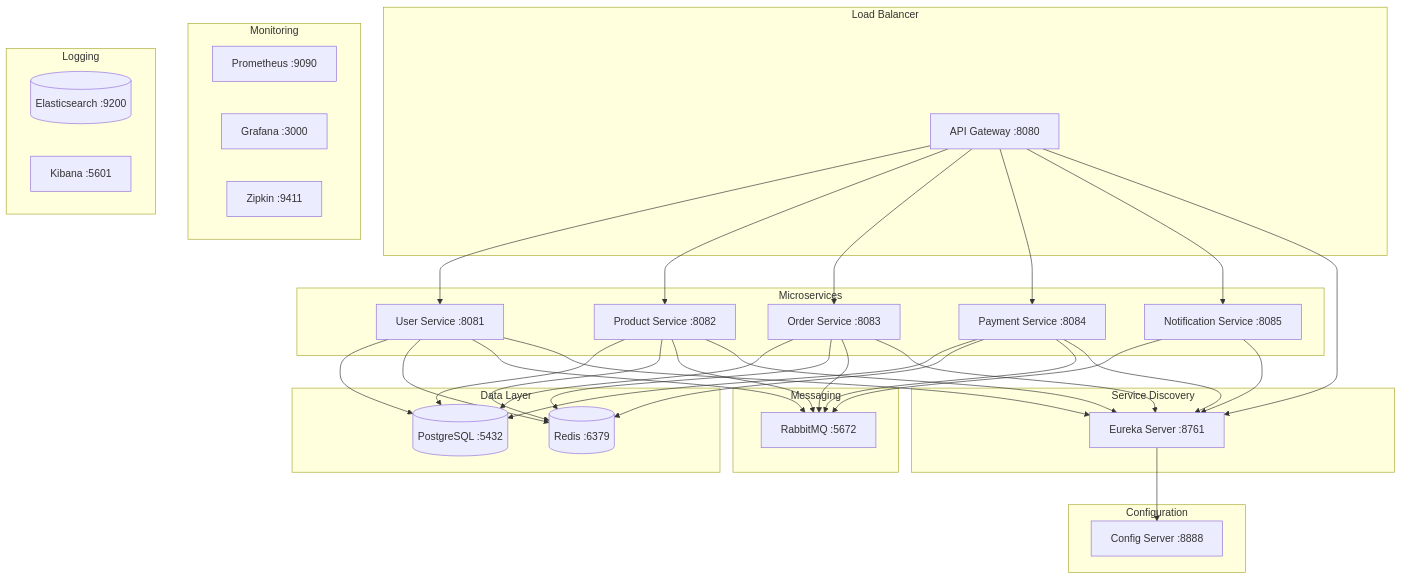
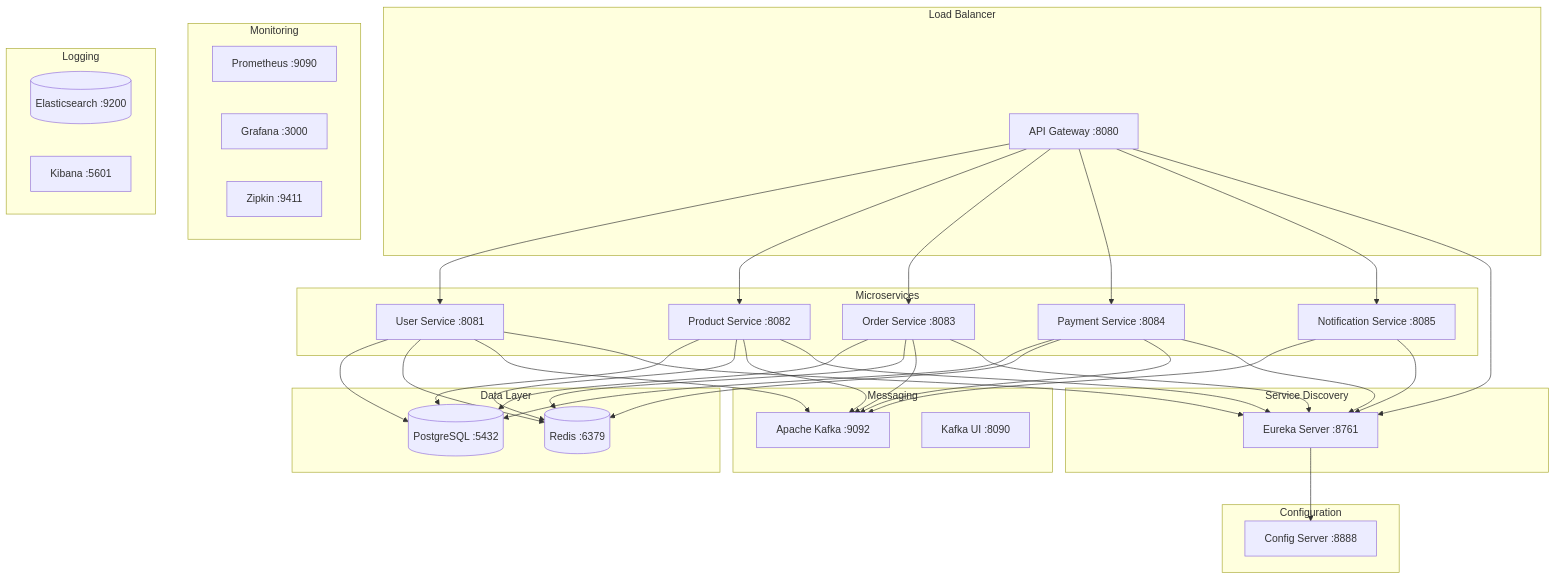
The diagram in README.md (JhonCodari/comprae-infra), drawn with Mermaid before and after one commit. The commit also changed other lines of this file and 10 other files, not shown here.

````diff
--- a/README.md
+++ b/README.md
@@ -30,72 +30,73 @@
 ```mermaid
 graph TB
     subgraph "Load Balancer"
         LB[API Gateway :8080]
     end
     
     subgraph "Service Discovery"
         EUREKA[Eureka Server :8761]
     end
     
     subgraph "Configuration"
         CONFIG[Config Server :8888]
     end
     
     subgraph "Microservices"
         USER[User Service :8081]
         PRODUCT[Product Service :8082]
         ORDER[Order Service :8083]
         PAYMENT[Payment Service :8084]
         NOTIFICATION[Notification Service :8085]
     end
     
     subgraph "Data Layer"
         POSTGRES[(PostgreSQL :5432)]
         REDIS[(Redis :6379)]
     end
     
     subgraph "Messaging"
-        RABBITMQ[RabbitMQ :5672]
+        KAFKA[Apache Kafka :9092]
+        KAFKA_UI[Kafka UI :8090]
     end
     
     subgraph "Monitoring"
         PROMETHEUS[Prometheus :9090]
         GRAFANA[Grafana :3000]
         ZIPKIN[Zipkin :9411]
     end
     
     subgraph "Logging"
         ELASTICSEARCH[(Elasticsearch :9200)]
         KIBANA[Kibana :5601]
     end
     
     LB --> USER
     LB --> PRODUCT
     LB --> ORDER
     LB --> PAYMENT
     LB --> NOTIFICATION
     
     USER --> POSTGRES
     PRODUCT --> POSTGRES
     ORDER --> POSTGRES
     PAYMENT --> POSTGRES
     
     USER --> REDIS
     PRODUCT --> REDIS
     ORDER --> REDIS
     PAYMENT --> REDIS
     
-    USER --> RABBITMQ
-    PRODUCT --> RABBITMQ
-    ORDER --> RABBITMQ
-    PAYMENT --> RABBITMQ
-    NOTIFICATION --> RABBITMQ
+    USER --> KAFKA
+    PRODUCT --> KAFKA
+    ORDER --> KAFKA
+    PAYMENT --> KAFKA
+    NOTIFICATION --> KAFKA
     
     EUREKA --> CONFIG
     LB --> EUREKA
     USER --> EUREKA
     PRODUCT --> EUREKA
     ORDER --> EUREKA
     PAYMENT --> EUREKA
     NOTIFICATION --> EUREKA
 ```
````
